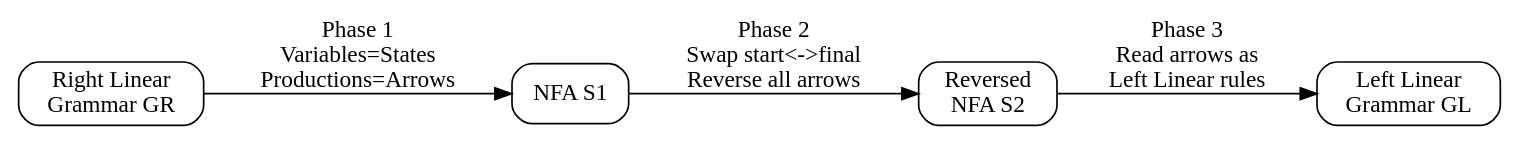
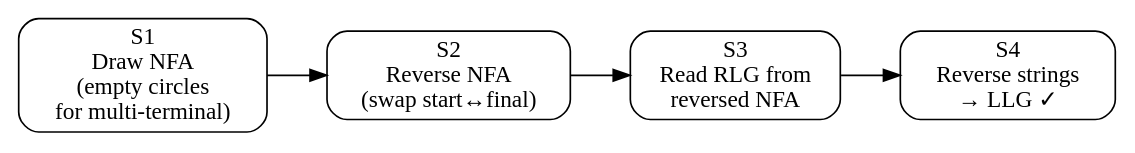
Before and after one commit to w4se05/4lovelyyear: diagram 22 of 36 in Theoratical/TCS_CHEATSHEET_FINAL.md, drawn with Graphviz. The commit also changed other lines of this file and 16 other files, not shown here.

````diff
--- a/Theoratical/TCS_CHEATSHEET_FINAL.md
+++ b/Theoratical/TCS_CHEATSHEET_FINAL.md
@@ -725,13 +663,11 @@
 ```dot
 digraph G {
     rankdir=LR;
     node [shape=box, style=rounded];
-    RLG [label="Right Linear\nGrammar GR"];
-    NFA [label="NFA S1"];
-    RNFA [label="Reversed\nNFA S2"];
-    LLG [label="Left Linear\nGrammar GL"];
-    RLG -> NFA [label="Phase 1\nVariables=States\nProductions=Arrows"];
-    NFA -> RNFA [label="Phase 2\nSwap start<->final\nReverse all arrows"];
-    RNFA -> LLG [label="Phase 3\nRead arrows as\nLeft Linear rules"];
+    A [label="S1\nDraw NFA\n(empty circles\nfor multi-terminal)"];
+    B [label="S2\nReverse NFA\n(swap start↔final)"];
+    C [label="S3\nRead RLG from\nreversed NFA"];
+    D [label="S4\nReverse strings\n→ LLG ✓"];
+    A -> B; B -> C; C -> D;
 }
 ```
````
